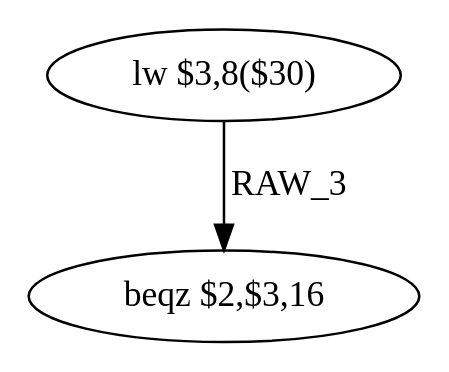
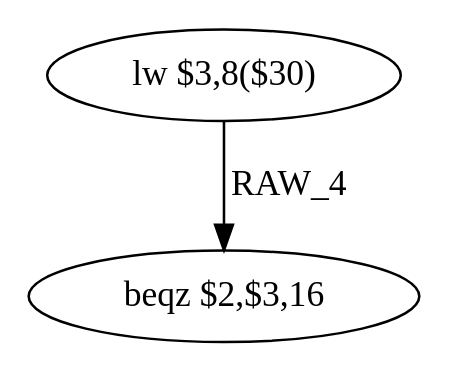
Before and after one commit to Shaolans/CA_CFG_ASM: the diagram in CodeEtudiant/tmp/_func_9_dfg_bb2.dot, drawn with Graphviz. The commit also changed 145 other files, not shown here.

```diff
--- a/CodeEtudiant/tmp/_func_9_dfg_bb2.dot
+++ b/CodeEtudiant/tmp/_func_9_dfg_bb2.dot
@@ -1,6 +1,6 @@
 digraph G1 {
 node [shape = ellipse];
 i0 [label = "lw $3,8($30)"] ;
-i0 ->  i1 [label= "RAW_3"];
+i0 ->  i1 [label= "RAW_4"];
 i1 [label = "beqz $2,$3,16"] ;
 }
```
